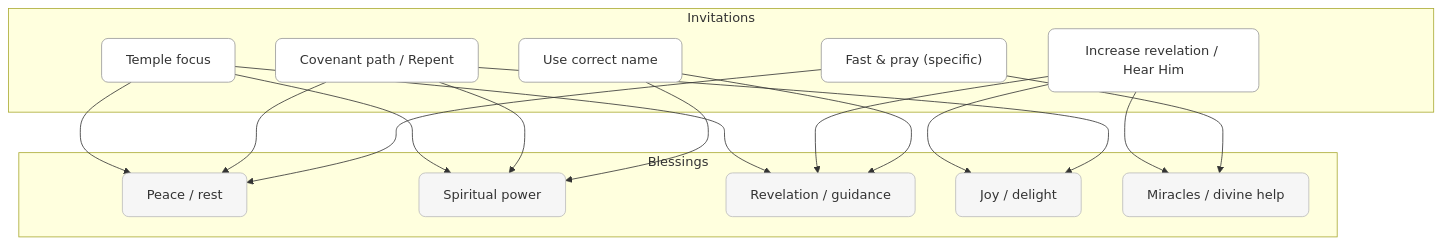
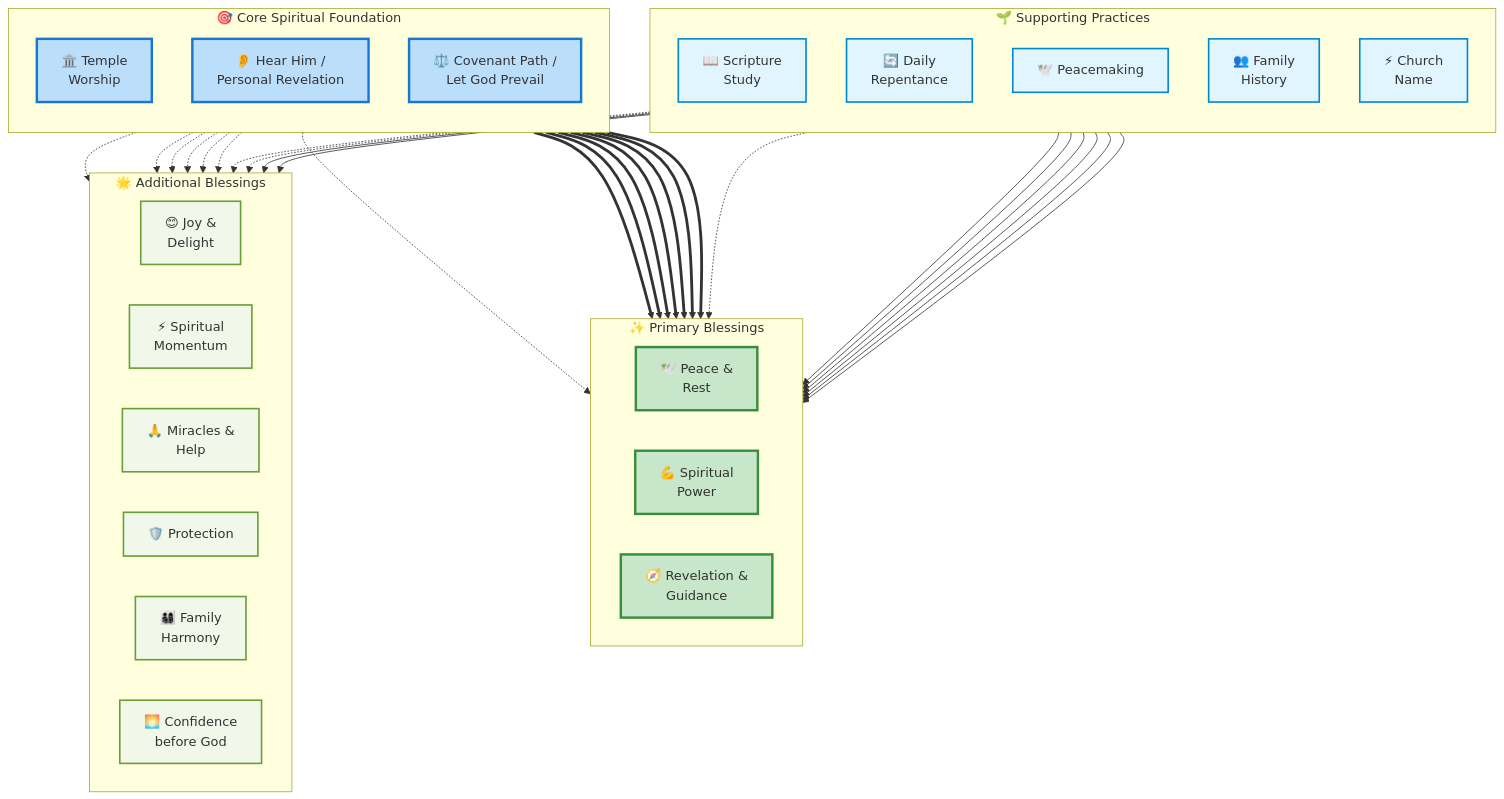
Before and after one commit to tbarlow12/president-nelson-invitations: the second of 3 diagrams in invitations-visualize.md, drawn with Mermaid. The commit also changed other lines of this file, not shown here.

````diff
--- a/invitations-visualize.md
+++ b/invitations-visualize.md
@@ -65,39 +98,83 @@
 ```mermaid
 flowchart TB
-  classDef inv fill:#fff,stroke:#999,rx:8
-  classDef out fill:#f6f6f6,stroke:#bbb,rx:8
+  classDef coreInv fill:#bbdefb,stroke:#1976d2,stroke-width:3px
+  classDef supportInv fill:#e1f5fe,stroke:#0288d1,stroke-width:2px
+  classDef primaryBlessing fill:#c8e6c9,stroke:#388e3c,stroke-width:3px
+  classDef secondaryBlessing fill:#f1f8e9,stroke:#689f38,stroke-width:2px
 
-  subgraph Invitations
-    TPL["Temple focus"]:::inv
-    REV["Increase revelation / Hear Him"]:::inv
-    CVT["Covenant path / Repent"]:::inv
-    NAM["Use correct name"]:::inv
-    FST["Fast & pray (specific)"]:::inv
+  %% Core spiritual practices (most connections)
+  subgraph CORE["🎯 Core Spiritual Foundation"]
+    direction TB
+    TPL["🏛️ Temple<br/>Worship"]:::coreInv
+    REV["👂 Hear Him /<br/>Personal Revelation"]:::coreInv
+    CVT["⚖️ Covenant Path /<br/>Let God Prevail"]:::coreInv
   end
 
-  subgraph Blessings
-    PEACE["Peace / rest"]:::out
-    PWR["Spiritual power"]:::out
-    REV2["Revelation / guidance"]:::out
-    JOY["Joy / delight"]:::out
-    MIR["Miracles / divine help"]:::out
+  %% Supporting practices
+  subgraph SUPPORT["🌱 Supporting Practices"]
+    direction TB
+    SCR["📖 Scripture<br/>Study"]:::supportInv
+    REP["🔄 Daily<br/>Repentance"]:::supportInv
+    PCE["🕊️ Peacemaking"]:::supportInv
+    FAM["👥 Family<br/>History"]:::supportInv
+    NAM["⚡ Church<br/>Name"]:::supportInv
   end
 
-  TPL --> PEACE
-  TPL --> REV2
-  TPL --> PWR
+  %% Primary blessings (most frequently promised)
+  subgraph PRIMARY["✨ Primary Blessings"]
+    direction LR
+    PEACE["🕊️ Peace &<br/>Rest"]:::primaryBlessing
+    PWR["💪 Spiritual<br/>Power"]:::primaryBlessing
+    REV2["🧭 Revelation &<br/>Guidance"]:::primaryBlessing
+  end
 
-  REV --> REV2
-  REV --> MIR
-  REV --> JOY
+  %% Secondary blessings
+  subgraph SECONDARY["🌟 Additional Blessings"]
+    direction LR
+    JOY["😊 Joy &<br/>Delight"]:::secondaryBlessing
+    MOM["⚡ Spiritual<br/>Momentum"]:::secondaryBlessing
+    MIR["🙏 Miracles &<br/>Help"]:::secondaryBlessing
+    PROT["🛡️ Protection"]:::secondaryBlessing
+    FAMH["👨‍👩‍👧‍👦 Family<br/>Harmony"]:::secondaryBlessing
+    CONF["🌅 Confidence<br/>before God"]:::secondaryBlessing
+  end
 
-  CVT --> PEACE
-  CVT --> PWR
-  CVT --> JOY
+  %% Strong correlations (thick lines)
+  TPL ==> PEACE
+  TPL ==> REV2
+  TPL ==> PWR
+  
+  REV ==> REV2
+  REV ==> PWR
+  
+  CVT ==> PWR
+  CVT ==> PEACE
 
+  %% Medium correlations (normal lines)
+  SCR --> REV2
+  SCR --> MOM
+  
+  REP --> PEACE
+  REP --> MOM
+  
   NAM --> PWR
   NAM --> REV2
+  
+  PCE --> PEACE
+  FAM --> REV2
 
-  FST --> MIR
-  FST --> PEACE
+  %% Weaker but meaningful connections (dotted)
+  TPL -.-> FAMH
+  TPL -.-> JOY
+  TPL -.-> PROT
+  
+  REV -.-> MIR
+  REV -.-> PEACE
+  
+  CVT -.-> MOM
+  CVT -.-> CONF
+  
+  REP -.-> JOY
+  PCE -.-> MOM
+  FAM -.-> PEACE
 ```
````
